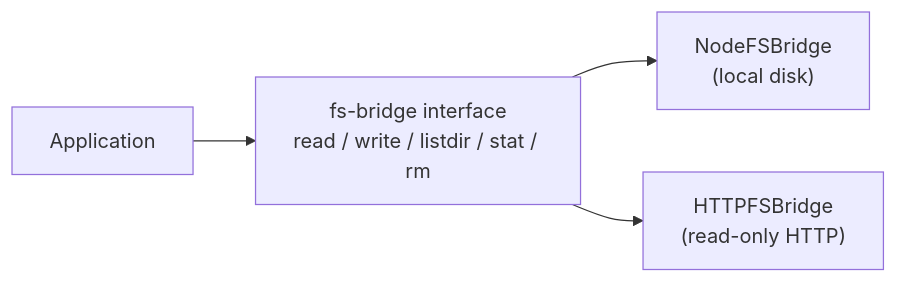
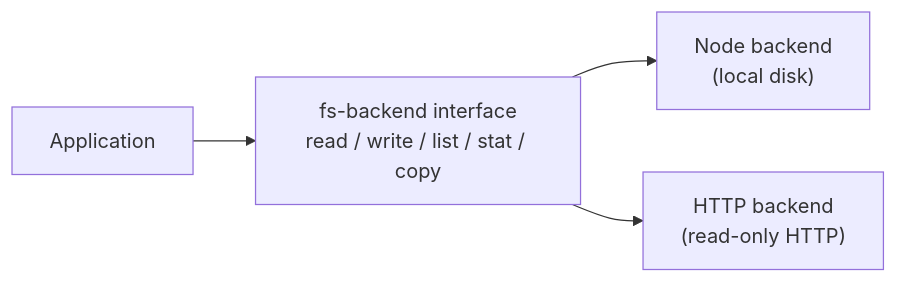
The second of 3 diagrams in apps/docs/content/architecture/package-layers.mdx (ucdjs/ucd), drawn with Mermaid before and after one commit. The commit also changed other lines of this file and 21 other files, not shown here.

````diff
--- a/apps/docs/content/architecture/package-layers.mdx
+++ b/apps/docs/content/architecture/package-layers.mdx
@@ -83,6 +83,6 @@
 ```mermaid
 graph LR
-  APP["Application"] --> FB["fs-bridge interface\nread / write / listdir / stat / rm"]
-  FB --> N["NodeFSBridge\n(local disk)"]
-  FB --> H["HTTPFSBridge\n(read-only HTTP)"]
+  APP["Application"] --> FB["fs-backend interface\nread / write / list / stat / copy"]
+  FB --> N["Node backend\n(local disk)"]
+  FB --> H["HTTP backend\n(read-only HTTP)"]
 ```
````
